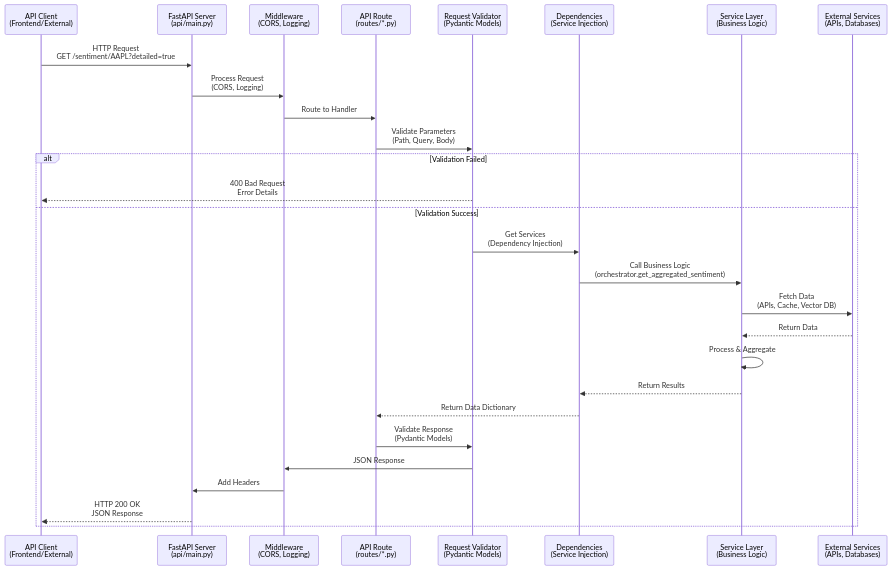
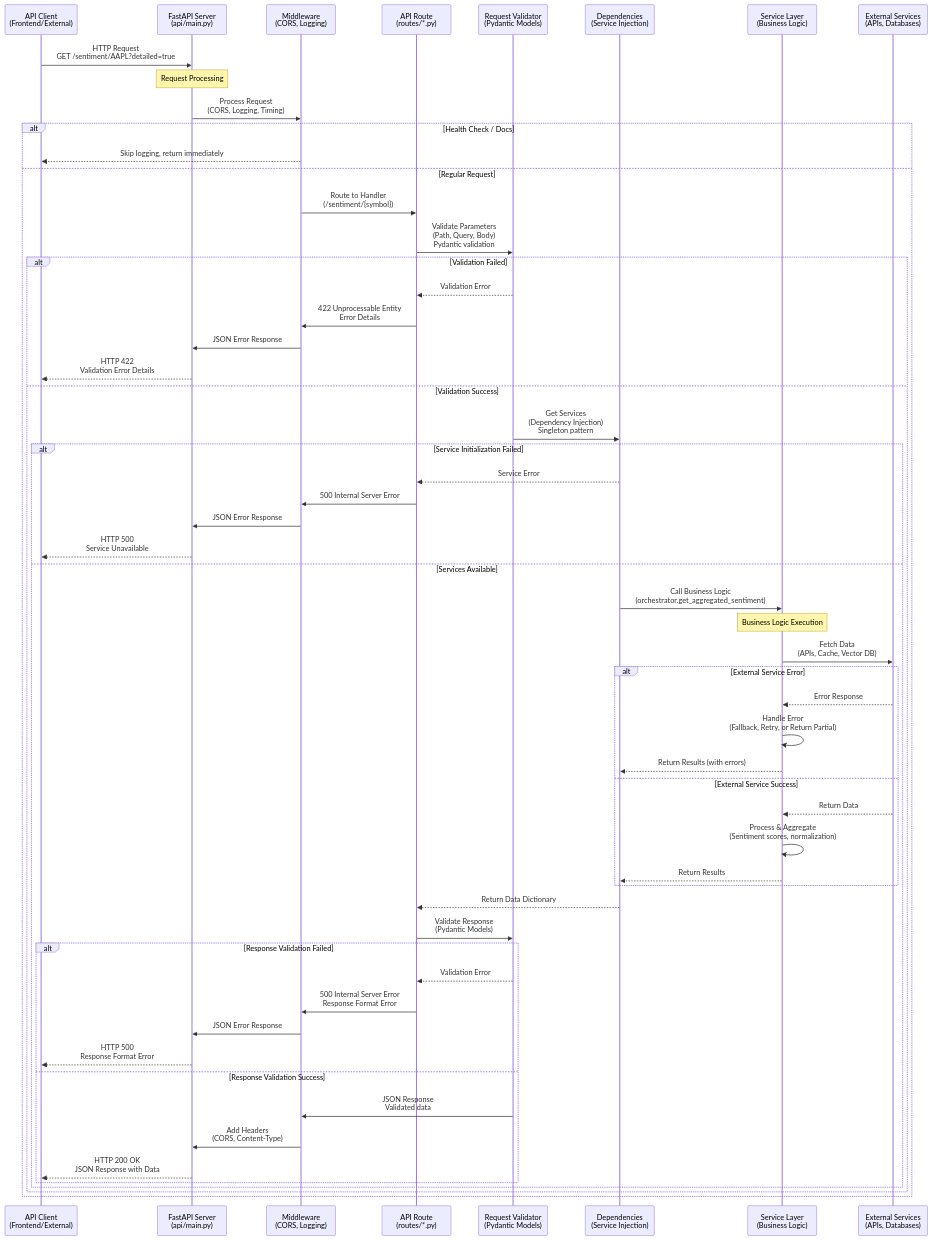
One commit to anandDev77/stock-sentiment-analysis changed diagram 26 of 29 in docs/diagrams/mermaid_diagrams_source.md. Above: the diagram before and after it, drawn with Mermaid. The commit also changed other lines of this file and 49 other files, not shown here.

Commit message:
diagrams updated

````diff
--- a/docs/diagrams/mermaid_diagrams_source.md
+++ b/docs/diagrams/mermaid_diagrams_source.md
@@ -1312,35 +1559,65 @@
 ```mermaid
 sequenceDiagram
     participant Client as API Client<br/>(Frontend/External)
     participant FastAPI as FastAPI Server<br/>(api/main.py)
     participant Middleware as Middleware<br/>(CORS, Logging)
     participant Route as API Route<br/>(routes/*.py)
     participant Validator as Request Validator<br/>(Pydantic Models)
     participant Deps as Dependencies<br/>(Service Injection)
     participant Service as Service Layer<br/>(Business Logic)
     participant External as External Services<br/>(APIs, Databases)
     
     Client->>FastAPI: HTTP Request<br/>GET /sentiment/AAPL?detailed=true
-    FastAPI->>Middleware: Process Request<br/>(CORS, Logging)
-    Middleware->>Route: Route to Handler
-    Route->>Validator: Validate Parameters<br/>(Path, Query, Body)
     
-    alt Validation Failed
-        Validator-->>Client: 400 Bad Request<br/>Error Details
-    else Validation Success
-        Validator->>Deps: Get Services<br/>(Dependency Injection)
-        Deps->>Service: Call Business Logic<br/>(orchestrator.get_aggregated_sentiment)
+    Note over FastAPI: Request Processing
+    FastAPI->>Middleware: Process Request<br/>(CORS, Logging, Timing)
+    alt Health Check / Docs
+        Middleware-->>Client: Skip logging, return immediately
+    else Regular Request
+        Middleware->>Route: Route to Handler<br/>(/sentiment/{symbol})
+        Route->>Validator: Validate Parameters<br/>(Path, Query, Body)<br/>Pydantic validation
         
-        Service->>External: Fetch Data<br/>(APIs, Cache, Vector DB)
-        External-->>Service: Return Data
-        
-        Service->>Service: Process & Aggregate
-        Service-->>Deps: Return Results
-        Deps-->>Route: Return Data Dictionary
-        
-        Route->>Validator: Validate Response<br/>(Pydantic Models)
-        Validator->>Middleware: JSON Response
-        Middleware->>FastAPI: Add Headers
-        FastAPI-->>Client: HTTP 200 OK<br/>JSON Response
+        alt Validation Failed
+            Validator-->>Route: Validation Error
+            Route->>Middleware: 422 Unprocessable Entity<br/>Error Details
+            Middleware->>FastAPI: JSON Error Response
+            FastAPI-->>Client: HTTP 422<br/>Validation Error Details
+        else Validation Success
+            Validator->>Deps: Get Services<br/>(Dependency Injection)<br/>Singleton pattern
+            alt Service Initialization Failed
+                Deps-->>Route: Service Error
+                Route->>Middleware: 500 Internal Server Error
+                Middleware->>FastAPI: JSON Error Response
+                FastAPI-->>Client: HTTP 500<br/>Service Unavailable
+            else Services Available
+                Deps->>Service: Call Business Logic<br/>(orchestrator.get_aggregated_sentiment)
+                
+                Note over Service: Business Logic Execution
+                Service->>External: Fetch Data<br/>(APIs, Cache, Vector DB)
+                alt External Service Error
+                    External-->>Service: Error Response
+                    Service->>Service: Handle Error<br/>(Fallback, Retry, or Return Partial)
+                    Service-->>Deps: Return Results (with errors)
+                else External Service Success
+                    External-->>Service: Return Data
+                    Service->>Service: Process & Aggregate<br/>(Sentiment scores, normalization)
+                    Service-->>Deps: Return Results
+                end
+                
+                Deps-->>Route: Return Data Dictionary
+                
+                Route->>Validator: Validate Response<br/>(Pydantic Models)
+                alt Response Validation Failed
+                    Validator-->>Route: Validation Error
+                    Route->>Middleware: 500 Internal Server Error<br/>Response Format Error
+                    Middleware->>FastAPI: JSON Error Response
+                    FastAPI-->>Client: HTTP 500<br/>Response Format Error
+                else Response Validation Success
+                    Validator->>Middleware: JSON Response<br/>Validated data
+                    Middleware->>FastAPI: Add Headers<br/>(CORS, Content-Type)
+                    FastAPI-->>Client: HTTP 200 OK<br/>JSON Response with Data
+                end
+            end
+        end
     end
 ```
````
